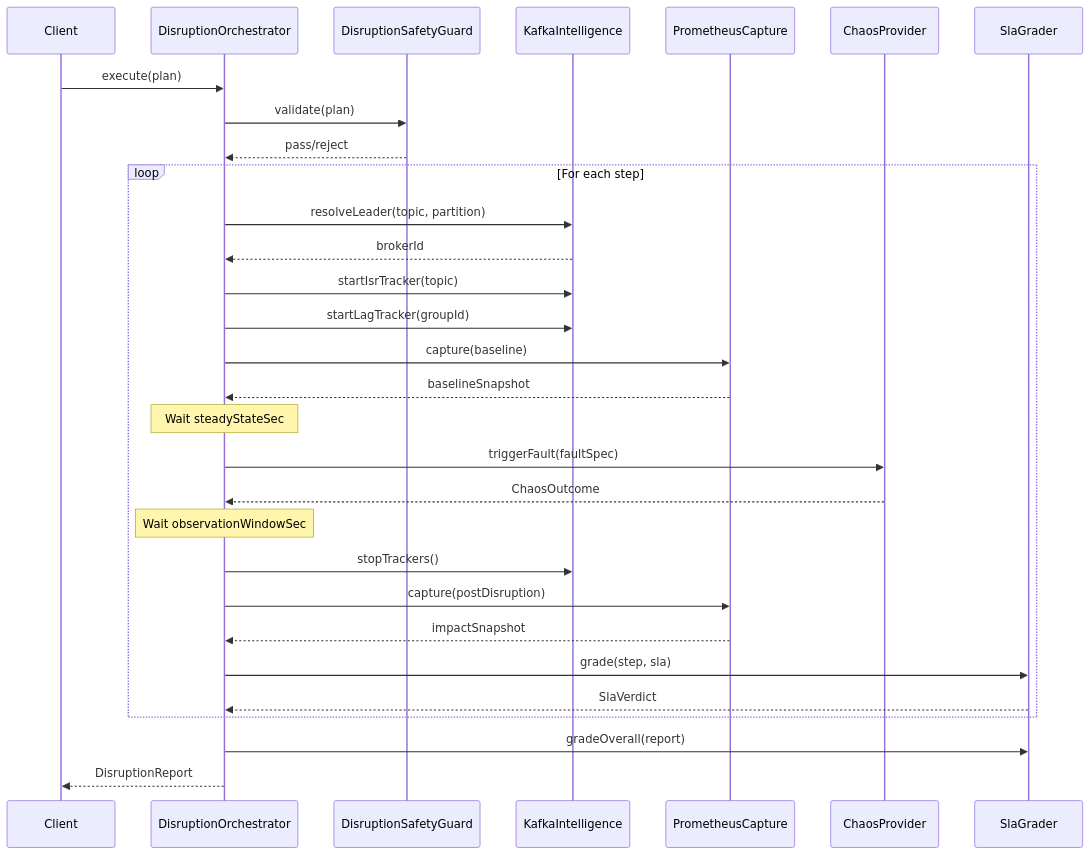
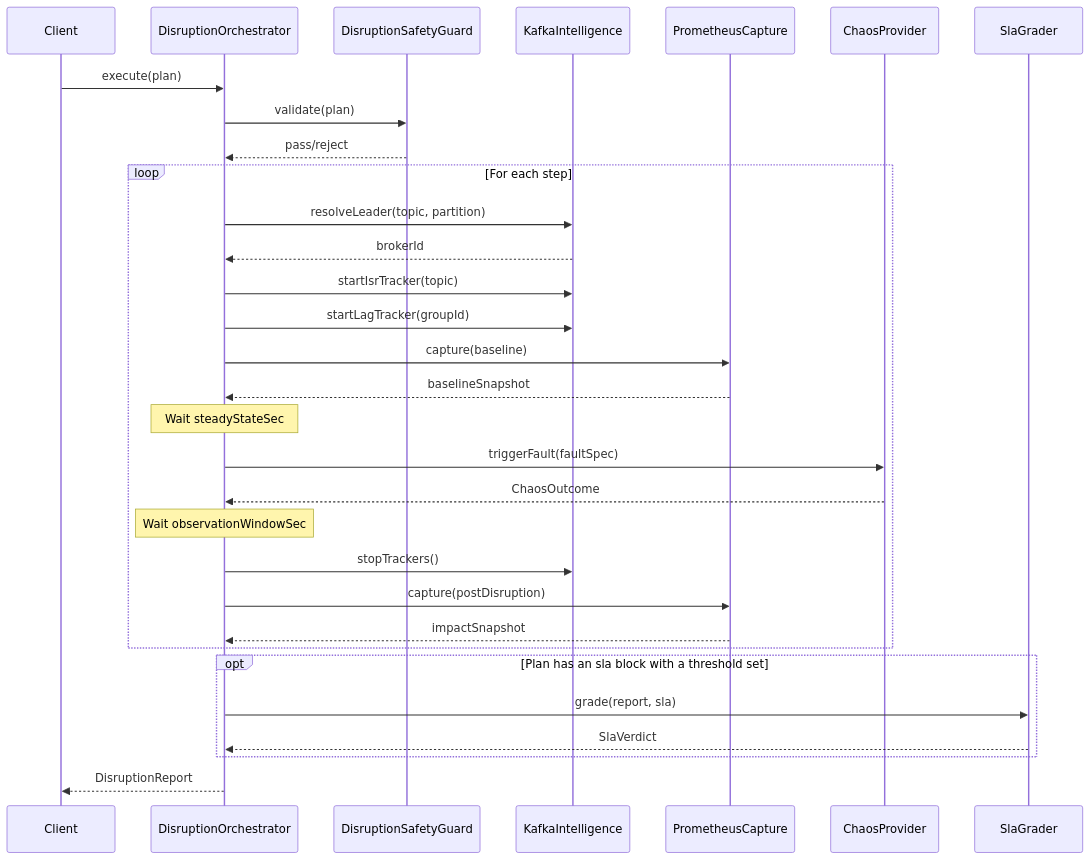
One commit to actions-marketplace-validations/bmscomp_kates changed the first of 3 diagrams in kates/docs/disruption-guide.md. Above: the diagram before and after it, drawn with Mermaid. The commit also changed other lines of this file and 1 other file, not shown here.

First line of the commit message:
docs(disruption): make the JSON plan examples and SLA grading match the code (#176)

````diff
--- a/kates/docs/disruption-guide.md
+++ b/kates/docs/disruption-guide.md
@@ -237,35 +249,36 @@
 ```mermaid
 sequenceDiagram
     participant Client
     participant Orchestrator as DisruptionOrchestrator
     participant Safety as DisruptionSafetyGuard
     participant Intel as KafkaIntelligence
     participant Prom as PrometheusCapture
     participant Chaos as ChaosProvider
     participant Grader as SlaGrader
 
     Client->>Orchestrator: execute(plan)
     Orchestrator->>Safety: validate(plan)
     Safety-->>Orchestrator: pass/reject
 
     loop For each step
         Orchestrator->>Intel: resolveLeader(topic, partition)
         Intel-->>Orchestrator: brokerId
         Orchestrator->>Intel: startIsrTracker(topic)
         Orchestrator->>Intel: startLagTracker(groupId)
         Orchestrator->>Prom: capture(baseline)
         Prom-->>Orchestrator: baselineSnapshot
         Note over Orchestrator: Wait steadyStateSec
         Orchestrator->>Chaos: triggerFault(faultSpec)
         Chaos-->>Orchestrator: ChaosOutcome
         Note over Orchestrator: Wait observationWindowSec
         Orchestrator->>Intel: stopTrackers()
         Orchestrator->>Prom: capture(postDisruption)
         Prom-->>Orchestrator: impactSnapshot
-        Orchestrator->>Grader: grade(step, sla)
+    end
+
+    opt Plan has an sla block with a threshold set
+        Orchestrator->>Grader: grade(report, sla)
         Grader-->>Orchestrator: SlaVerdict
     end
-
-    Orchestrator->>Grader: gradeOverall(report)
     Orchestrator-->>Client: DisruptionReport
 ```
````
